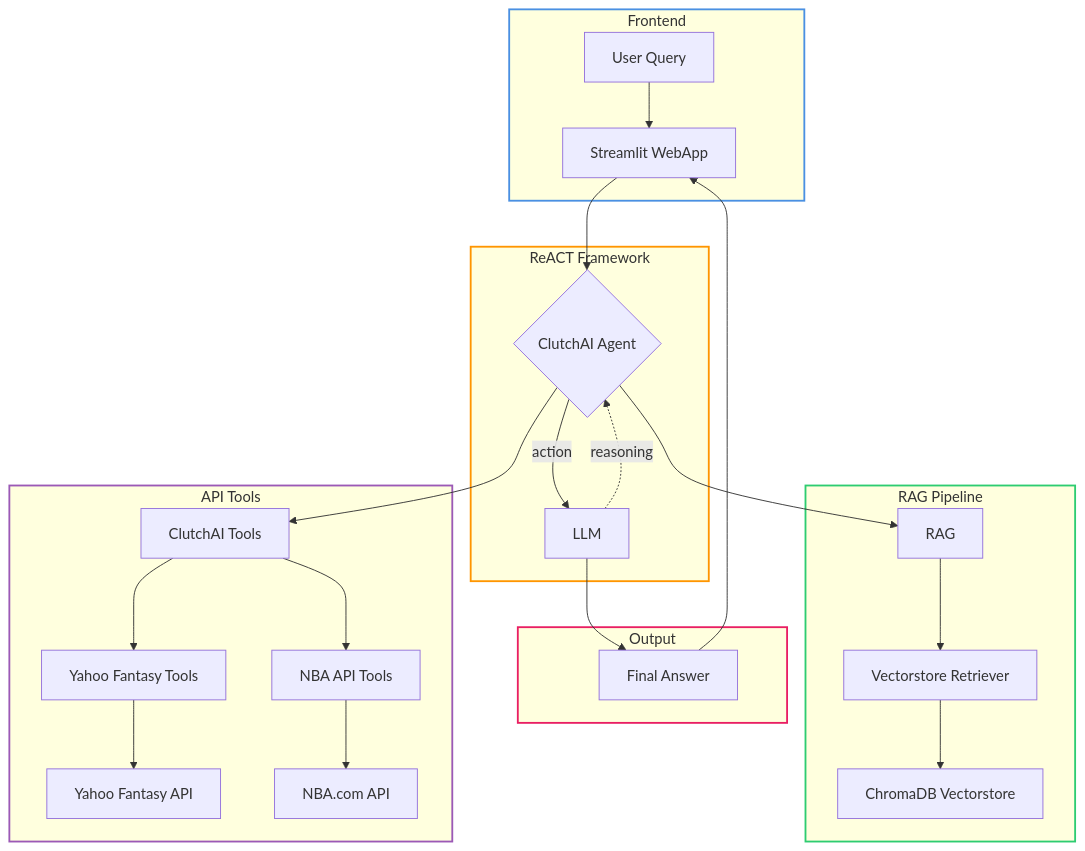
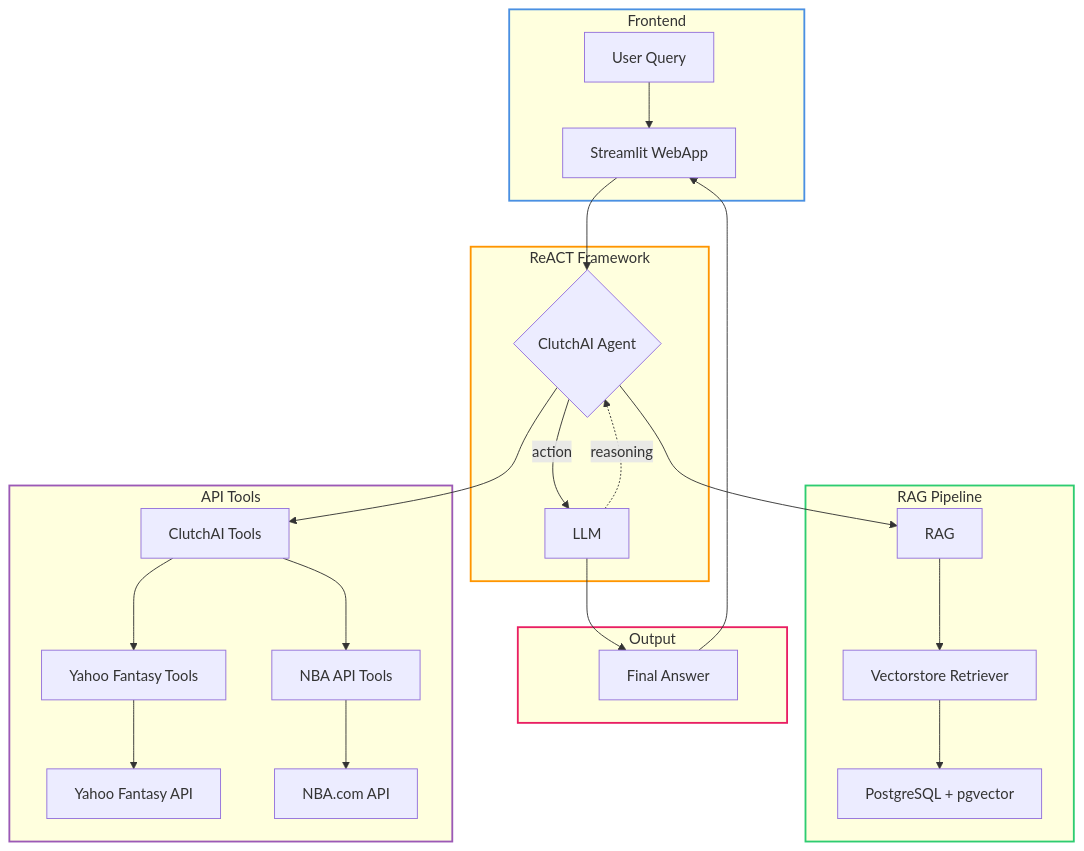
The first of 2 diagrams in README.md (mk-chang/ClutchAI), drawn with Mermaid before and after one commit. The commit also changed other lines of this file and 28 other files, not shown here.

````diff
--- a/README.md
+++ b/README.md
@@ -80,41 +96,41 @@
 ```mermaid
 graph TB
     subgraph Frontend["Frontend"]
         A[User Query] --> B[Streamlit WebApp]
     end
     
     subgraph Agent["ReACT Framework"]
         C{ClutchAI Agent}
         L[LLM]
     end
     
     subgraph Output["Output"]
         K[Final Answer]
     end
     
     subgraph RAGPipeline["RAG Pipeline"]
         RAG[RAG] --> F[Vectorstore Retriever]
-        F --> I[ChromaDB Vectorstore]
+        F --> I[PostgreSQL + pgvector]
     end
     
     subgraph APITools["API Tools"]
         CT[ClutchAI Tools] --> D[Yahoo Fantasy Tools]
         CT --> E[NBA API Tools]
         D --> G[Yahoo Fantasy API]
         E --> H[NBA.com API]
     end
     
     B --> C
     C --> RAG
     C --> CT
     C -->|action| L
     L -.->|reasoning| C
     L --> K
     K --> B
     
     style Frontend stroke:#4A90E2,stroke-width:2px
     style Agent stroke:#FF9500,stroke-width:2px
     style RAGPipeline stroke:#2ECC71,stroke-width:2px
     style APITools stroke:#9B59B6,stroke-width:2px
     style Output stroke:#E91E63,stroke-width:2px
 ```
````
